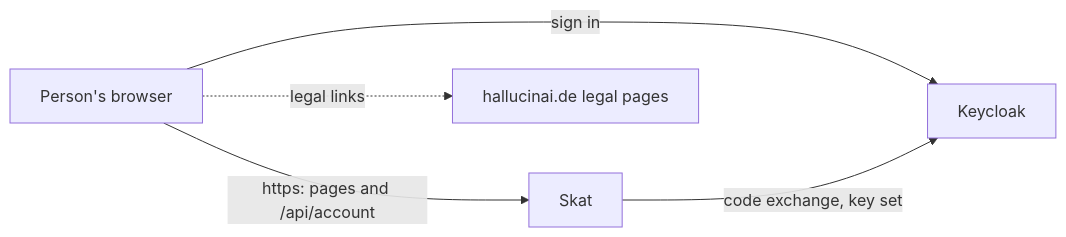
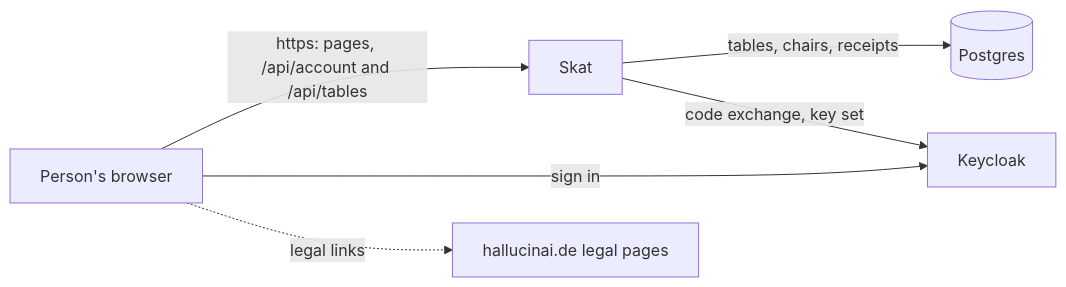
The first of 3 diagrams in docs/ARCHITECTURE.md (overnightworks/skat), drawn with Mermaid before and after one commit. The commit also changed other lines of this file and 50 other files, not shown here.

````diff
--- a/docs/ARCHITECTURE.md
+++ b/docs/ARCHITECTURE.md
@@ -7,7 +7,8 @@
 ```mermaid
 flowchart LR
-    person["Person's browser"] -->|"https: pages and /api/account"| skat["Skat"]
+    person["Person's browser"] -->|"https: pages, /api/account and /api/tables"| skat["Skat"]
     person -->|"sign in"| keycloak["Keycloak"]
+    skat -->|"tables, chairs, receipts"| database[("Postgres")]
     skat -->|"code exchange, key set"| keycloak
     person -.->|"legal links"| legal["hallucinai.de legal pages"]
 ```
````
